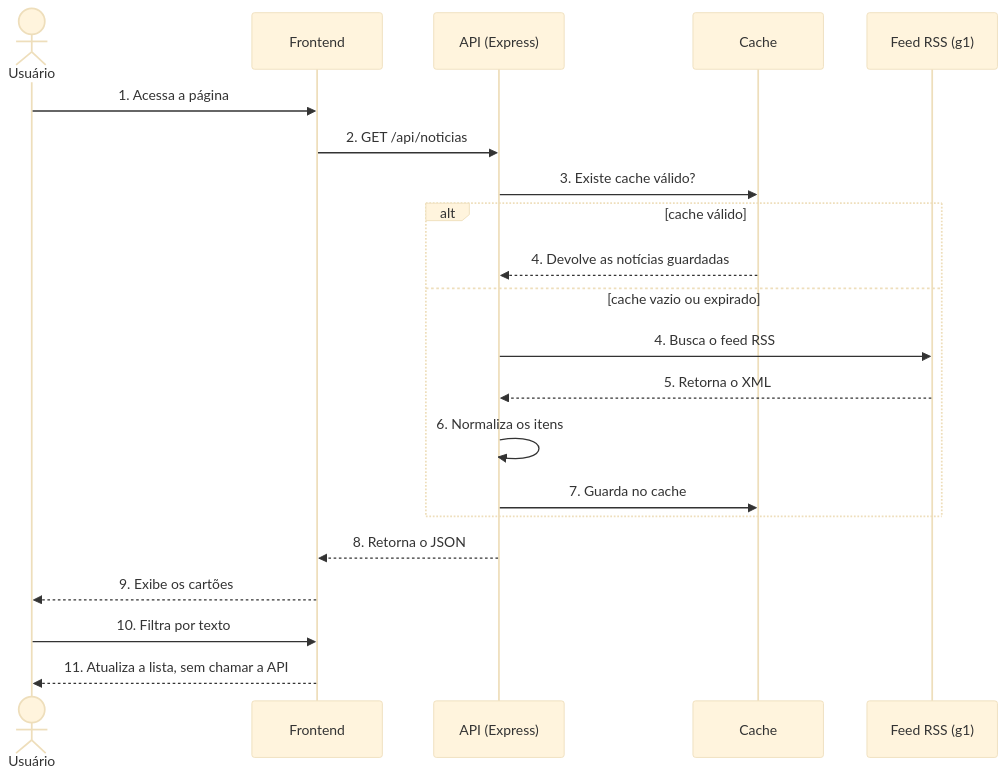
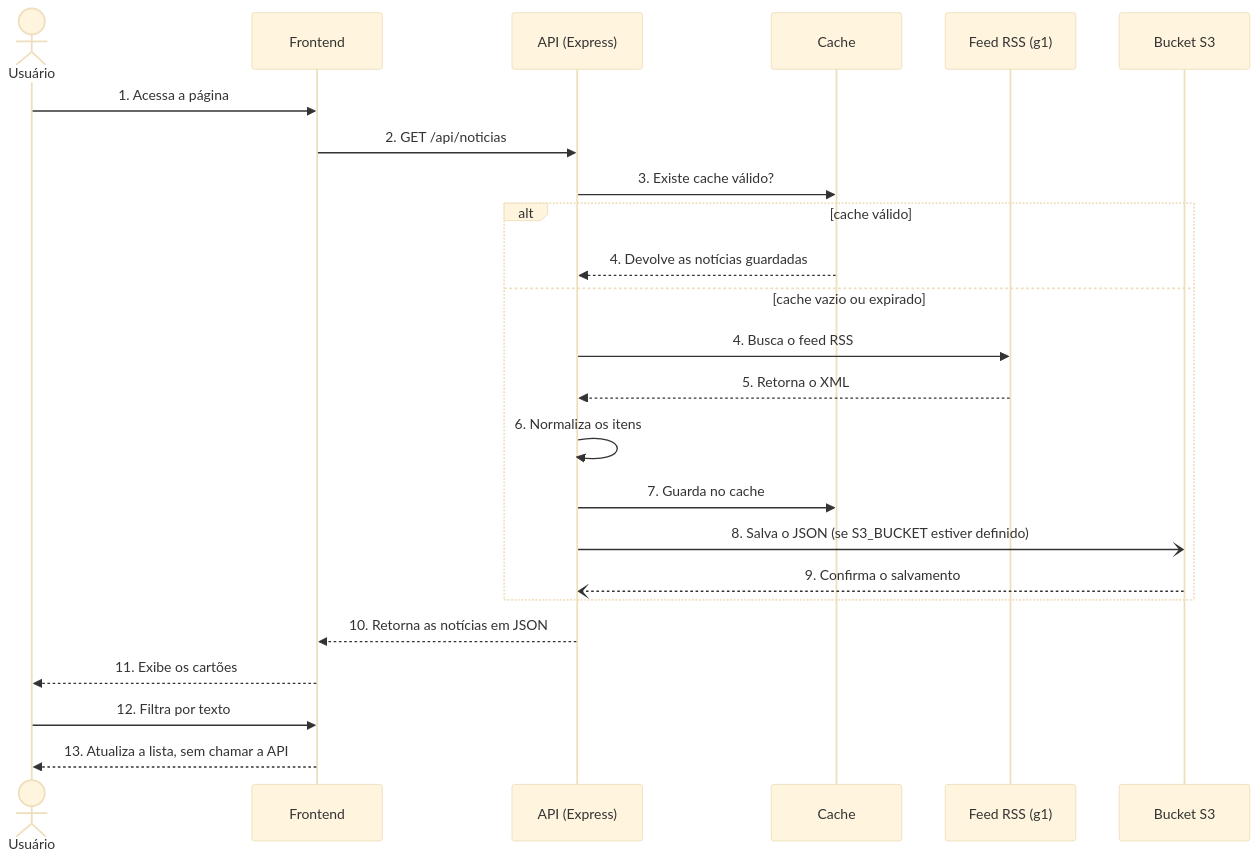
The second of 2 diagrams in README.md (Jotavsts/feed-noticias-rss), drawn with Mermaid (base theme) before and after one commit. The commit also changed other lines of this file, not shown here.

Commit message:
docs: atualiza diagramas com o S3 e a visão geral, e documenta a configuração do bucket

````diff
--- a/README.md
+++ b/README.md
@@ -54,24 +62,27 @@
 ```mermaid
 sequenceDiagram
     actor U as Usuário
     participant F as Frontend
     participant A as API (Express)
     participant C as Cache
     participant G as Feed RSS (g1)
+    participant S as Bucket S3
 
     U->>F: 1. Acessa a página
     F->>A: 2. GET /api/noticias
     A->>C: 3. Existe cache válido?
     alt cache válido
         C-->>A: 4. Devolve as notícias guardadas
     else cache vazio ou expirado
         A->>G: 4. Busca o feed RSS
         G-->>A: 5. Retorna o XML
         A->>A: 6. Normaliza os itens
         A->>C: 7. Guarda no cache
+        A-)S: 8. Salva o JSON (se S3_BUCKET estiver definido)
+        S--)A: 9. Confirma o salvamento
     end
-    A-->>F: 8. Retorna o JSON
-    F-->>U: 9. Exibe os cartões
-    U->>F: 10. Filtra por texto
-    F-->>U: 11. Atualiza a lista, sem chamar a API
+    A-->>F: 10. Retorna as notícias em JSON
+    F-->>U: 11. Exibe os cartões
+    U->>F: 12. Filtra por texto
+    F-->>U: 13. Atualiza a lista, sem chamar a API
 ```
````
